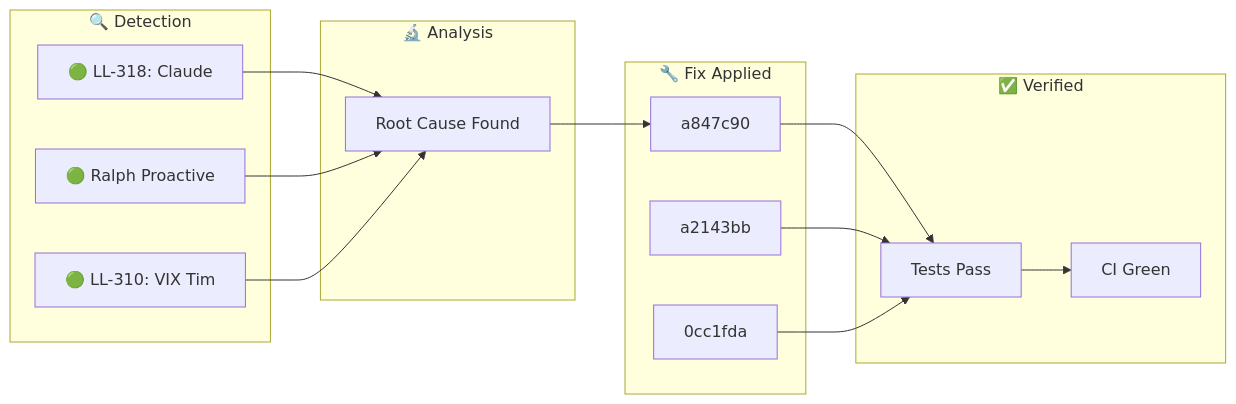
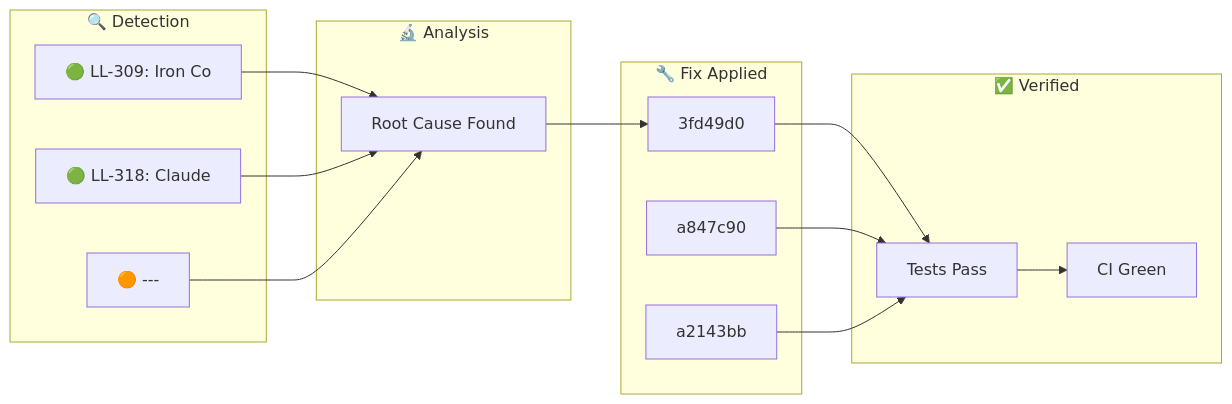
The diagram in docs/_posts/2026-01-28-ralph-discovery.md (YoByron/trading), drawn with Mermaid before and after one commit. The commit also changed other lines of this file, not shown here.

Commit message:
docs(ralph): Auto-publish discovery blog post

````diff
--- a/docs/_posts/2026-01-28-ralph-discovery.md
+++ b/docs/_posts/2026-01-28-ralph-discovery.md
@@ -17,28 +17,28 @@
 ```mermaid
 flowchart LR
     subgraph Detection["🔍 Detection"]
-        D1["🟢 LL-318: Claude "]
-        D2["🟢 Ralph Proactive"]
-        D3["🟢 LL-310: VIX Tim"]
+        D1["🟢 LL-309: Iron Co"]
+        D2["🟢 LL-318: Claude "]
+        D3["🟠 ---"]
     end
     subgraph Analysis["🔬 Analysis"]
         A1["Root Cause Found"]
     end
     subgraph Fix["🔧 Fix Applied"]
-        F1["a847c90"]
-        F2["a2143bb"]
-        F3["0cc1fda"]
+        F1["3fd49d0"]
+        F2["a847c90"]
+        F3["a2143bb"]
     end
     subgraph Verify["✅ Verified"]
         V1["Tests Pass"]
         V2["CI Green"]
     end
     D1 --> A1
     D2 --> A1
     D3 --> A1
     A1 --> F1
     F1 --> V1
     F2 --> V1
     F3 --> V1
     V1 --> V2
 ```
````
